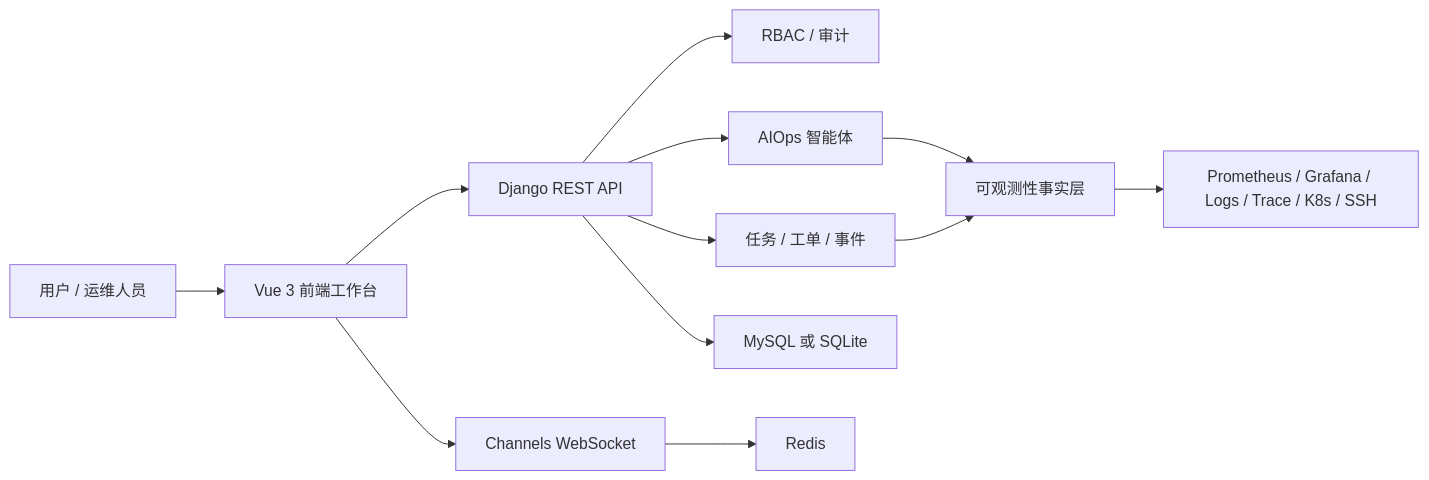
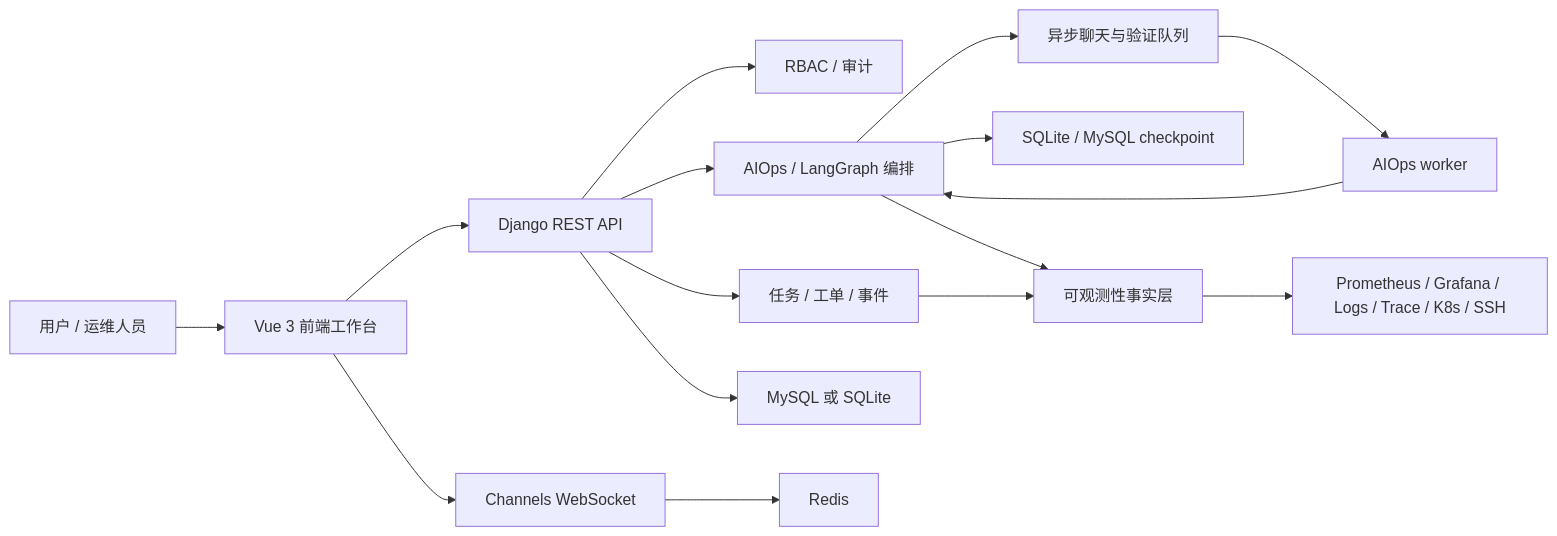
One commit to aiyiyi121/sxdevops changed the second of 2 diagrams in README.md. Above: the diagram before and after it, drawn with Mermaid. The commit also changed other lines of this file and 404 other files, not shown here.

````diff
--- a/README.md
+++ b/README.md
@@ -159,14 +215,18 @@
 ```mermaid
 flowchart LR
     user["用户 / 运维人员"] --> frontend["Vue 3 前端工作台"]
     frontend --> api["Django REST API"]
     frontend --> ws["Channels WebSocket"]
     api --> rbac["RBAC / 审计"]
-    api --> aiops["AIOps 智能体"]
+    api --> aiops["AIOps / LangGraph 编排"]
+    aiops --> queue["异步聊天与验证队列"]
+    queue --> worker["AIOps worker"]
+    worker --> aiops
+    aiops --> checkpoint["SQLite / MySQL checkpoint"]
     api --> ops["任务 / 工单 / 事件"]
     aiops --> facts["可观测性事实层"]
     ops --> facts
     facts --> integrations["Prometheus / Grafana / Logs / Trace / K8s / SSH"]
     api --> db["MySQL 或 SQLite"]
     ws --> redis["Redis"]
 ```
````
